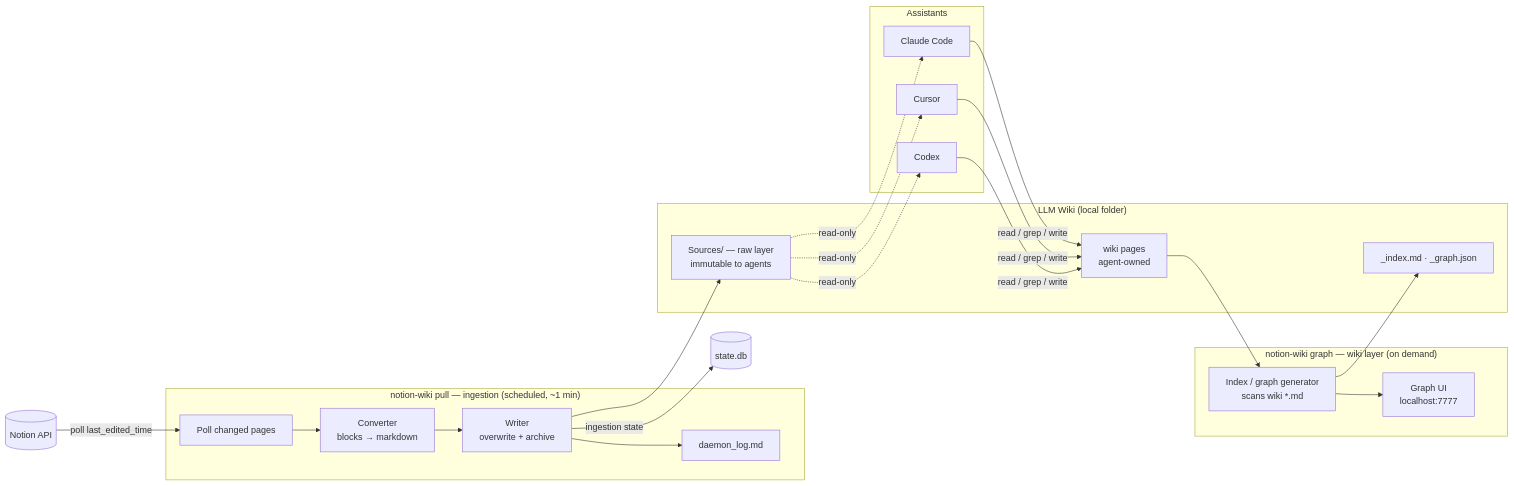
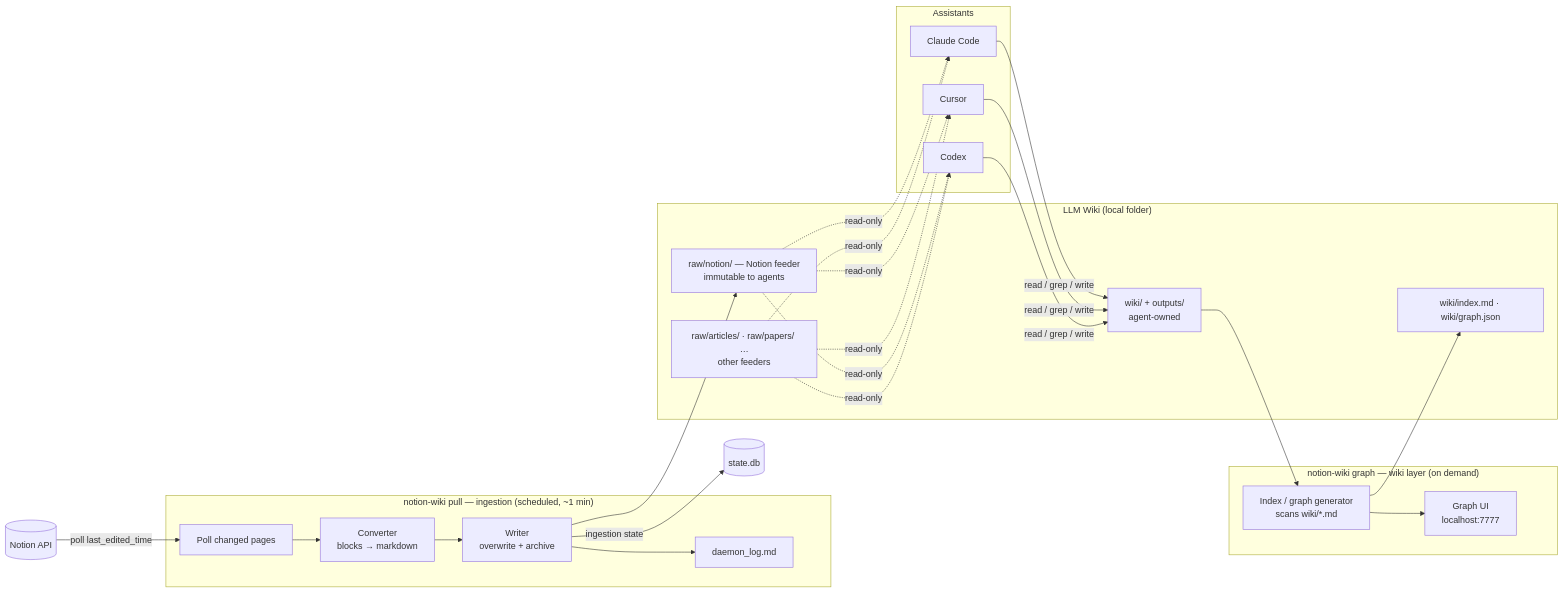
The diagram in docs/design.md (HemachandranD/notionwiki), drawn with Mermaid before and after one commit. The commit also changed other lines of this file and 3 other files, not shown here.

First line of the commit message:
Address design review feedback; finalize raw/wiki/outputs layout

````diff
--- a/docs/design.md
+++ b/docs/design.md
@@ -38,37 +38,38 @@
 ```mermaid
 flowchart LR
     NOTION[(Notion API)]
 
     subgraph Ingest["notion-wiki pull — ingestion (scheduled, ~1 min)"]
         POLL[Poll changed pages]
         CONV[Converter<br/>blocks → markdown]
         WRITE[Writer<br/>overwrite + archive]
         LOG[daemon_log.md]
     end
 
     subgraph Wiki["LLM Wiki (local folder)"]
-        SRC[Sources/ — raw layer<br/>immutable to agents]
-        WK[wiki pages<br/>agent-owned]
-        IDX[_index.md · _graph.json]
+        SRC[raw/notion/ — Notion feeder<br/>immutable to agents]
+        RAWX[raw/articles/ · raw/papers/ …<br/>other feeders]
+        WK[wiki/ + outputs/<br/>agent-owned]
+        IDX[wiki/index.md · wiki/graph.json]
     end
 
     subgraph WikiTooling["notion-wiki graph — wiki layer (on demand)"]
-        GEN[Index / graph generator<br/>scans wiki *.md]
+        GEN[Index / graph generator<br/>scans wiki/*.md]
         API[Graph UI<br/>localhost:7777]
     end
 
     subgraph Assistants
         CC[Claude Code]
         CU[Cursor]
         CX[Codex]
     end
 
     NOTION -->|poll last_edited_time| POLL
     POLL --> CONV --> WRITE --> SRC
     WRITE --> LOG
     WRITE -->|ingestion state| DBSTATE[(state.db)]
-    SRC -.read-only.-> CC & CU & CX
+    SRC & RAWX -.read-only.-> CC & CU & CX
     CC & CU & CX -->|read / grep / write| WK
     WK --> GEN --> IDX
     GEN --> API
 ```
````
